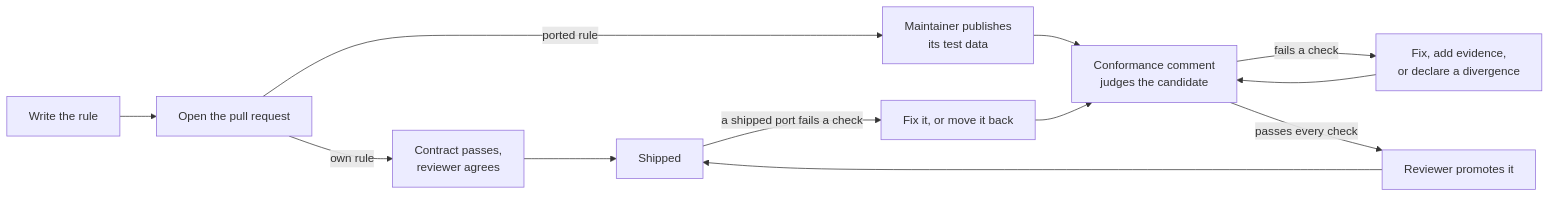
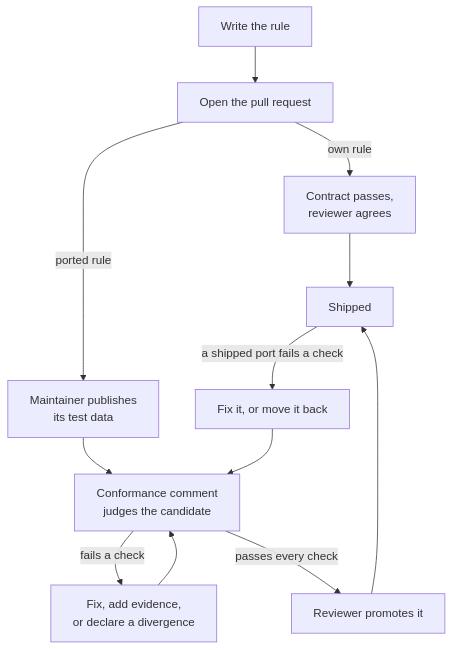
The diagram in docs/adding-rules-to-a-pack.md (neralabs/rerail), drawn with Mermaid before and after one commit. The commit also changed 7 other files, not shown here.

````diff
--- a/docs/adding-rules-to-a-pack.md
+++ b/docs/adding-rules-to-a-pack.md
@@ -6,10 +6,10 @@
 ```mermaid
-flowchart LR
+flowchart TD
   W["Write the rule"] --> PR["Open the pull request"]
   PR -- "own rule" --> C["Contract passes,<br/>reviewer agrees"] --> S["Shipped"]
   PR -- "ported rule" --> D["Maintainer publishes<br/>its test data"]
   D --> J["Conformance comment<br/>judges the candidate"]
   J -- "fails a check" --> F["Fix, add evidence,<br/>or declare a divergence"] --> J
   J -- "passes every check" --> P["Reviewer promotes it"] --> S
   S -- "a shipped port fails a check" --> B["Fix it, or move it back"] --> J
 ```
````
